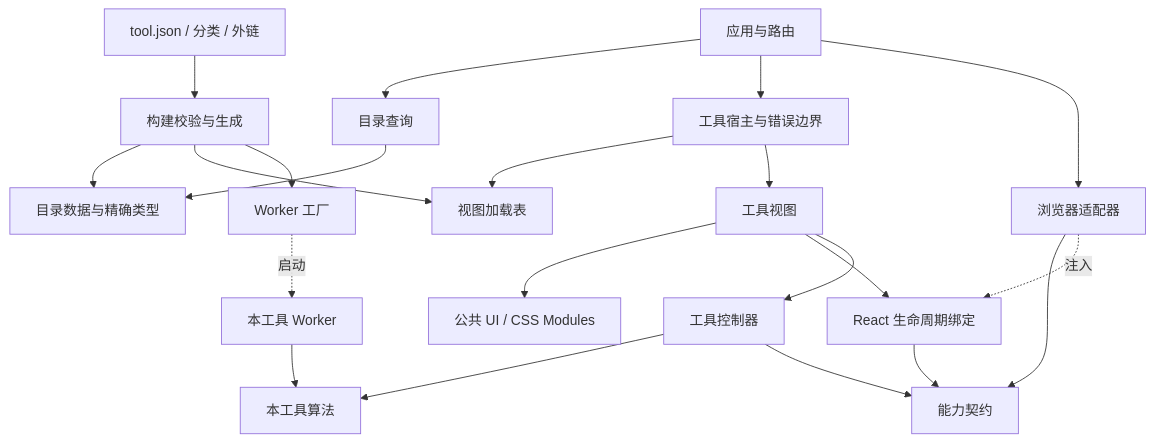
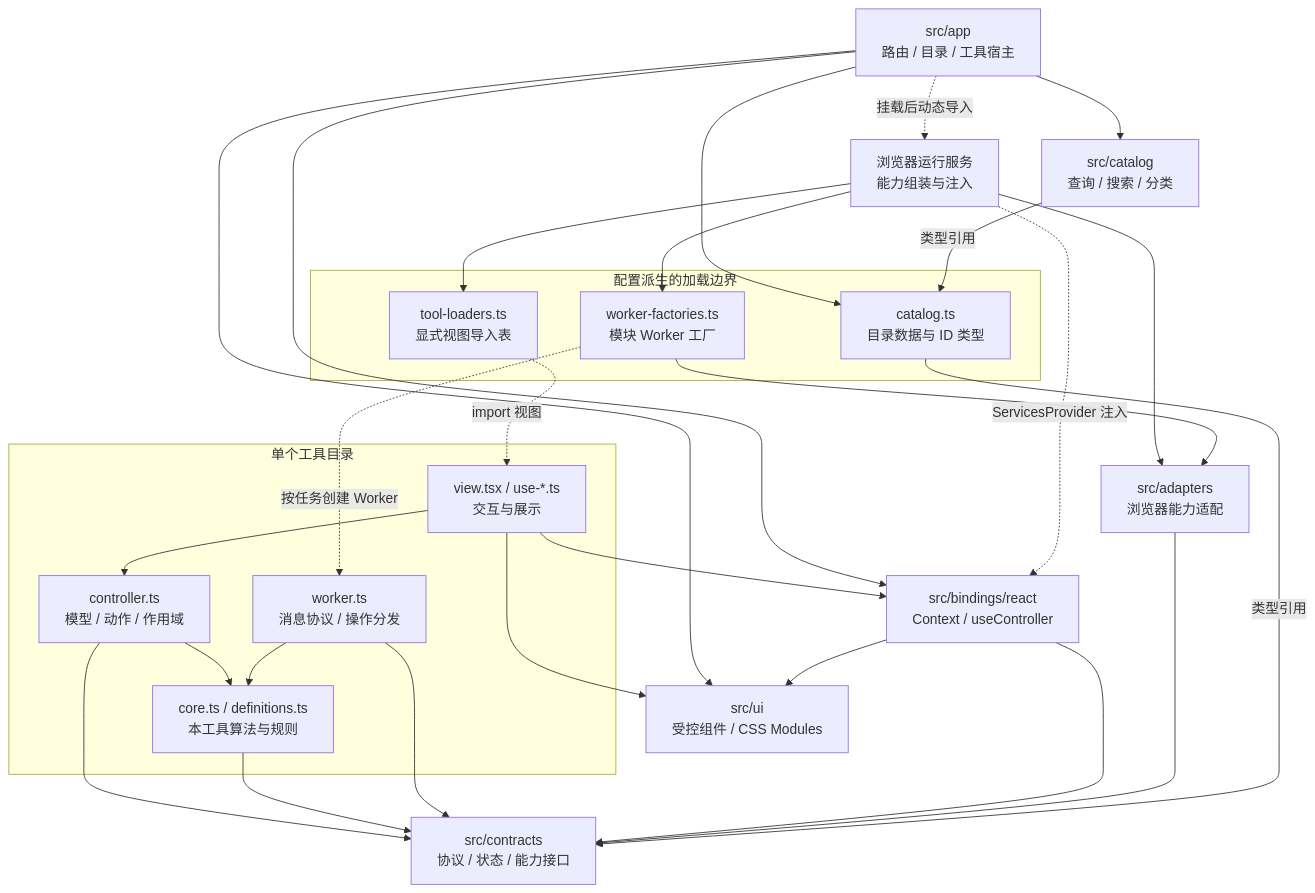
One commit to RainCither/RCtools changed the first of 9 diagrams in ARCHITECTURE.md. Above: the diagram before and after it, drawn with Mermaid. The commit also changed other lines of this file and 142 other files, not shown here.

````diff
--- a/ARCHITECTURE.md
+++ b/ARCHITECTURE.md
@@ -7,23 +13,42 @@
 ```mermaid
 flowchart TB
-  JSON[tool.json / 分类 / 外链] --> Generator[构建校验与生成]
-  Generator --> Data[目录数据与精确类型]
-  Generator --> Views[视图加载表]
-  Generator --> Factories[Worker 工厂]
-  App[应用与路由] --> Catalog[目录查询]
-  App --> Host[工具宿主与错误边界]
-  App --> Adapters[浏览器适配器]
-  Catalog --> Data
-  Host --> Views
-  Host --> View[工具视图]
-  View --> UI[公共 UI / CSS Modules]
-  View --> Bindings[React 生命周期绑定]
-  View --> Controller[工具控制器]
-  Controller --> Core[本工具算法]
-  Controller --> Contracts[能力契约]
+  App["src/app<br/>路由 / 目录 / 工具宿主"]
+  Runtime["浏览器运行服务<br/>能力组装与注入"]
+  Catalog["src/catalog<br/>查询 / 搜索 / 分类"]
+  subgraph Generated[配置派生的加载边界]
+    Data["catalog.ts<br/>目录数据与 ID 类型"]
+    Views["tool-loaders.ts<br/>显式视图导入表"]
+    Factories["worker-factories.ts<br/>模块 Worker 工厂"]
+  end
+  subgraph Tool[单个工具目录]
+    View["view.tsx / use-*.ts<br/>交互与展示"]
+    Controller["controller.ts<br/>模型 / 动作 / 作用域"]
+    Worker["worker.ts<br/>消息协议 / 操作分发"]
+    Core["core.ts / definitions.ts<br/>本工具算法与规则"]
+  end
+  App --> Catalog
+  App --> Data
+  Catalog -->|类型引用| Data
+  App --> Bindings["src/bindings/react<br/>Context / useController"]
+  App --> UI["src/ui<br/>受控组件 / CSS Modules"]
+  App -. 挂载后动态导入 .-> Runtime
+  Runtime --> Views
+  Runtime --> Factories
+  Runtime --> Adapters["src/adapters<br/>浏览器能力适配"]
+  Runtime -. ServicesProvider 注入 .-> Bindings
+  Views -. import 视图 .-> View
+  Factories --> Adapters
+  Factories -. 按任务创建 Worker .-> Worker
+  View --> UI
+  View --> Bindings
+  View --> Controller
+  Controller --> Core
+  Controller --> Contracts["src/contracts<br/>协议 / 状态 / 能力接口"]
+  Core --> Contracts
+  Worker --> Core
+  Worker --> Contracts
   Bindings --> Contracts
+  Bindings --> UI
   Adapters --> Contracts
-  Adapters -. 注入 .-> Bindings
-  Factories -. 启动 .-> Worker[本工具 Worker]
-  Worker --> Core
+  Data -->|类型引用| Contracts
 ```
````
